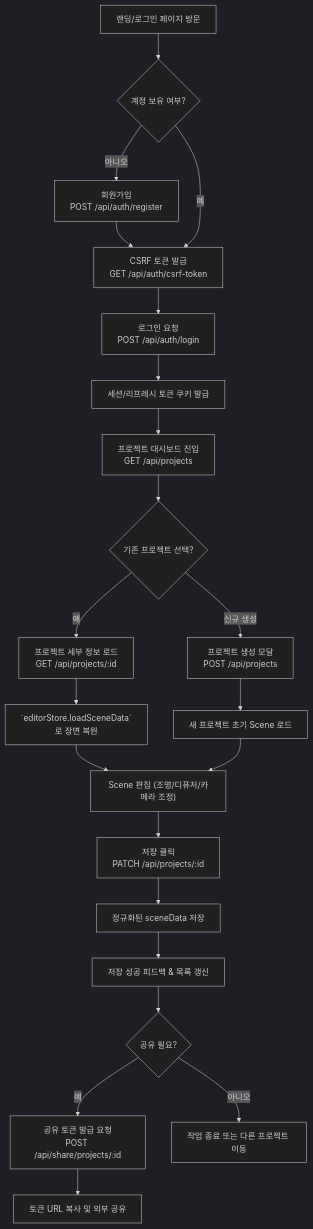
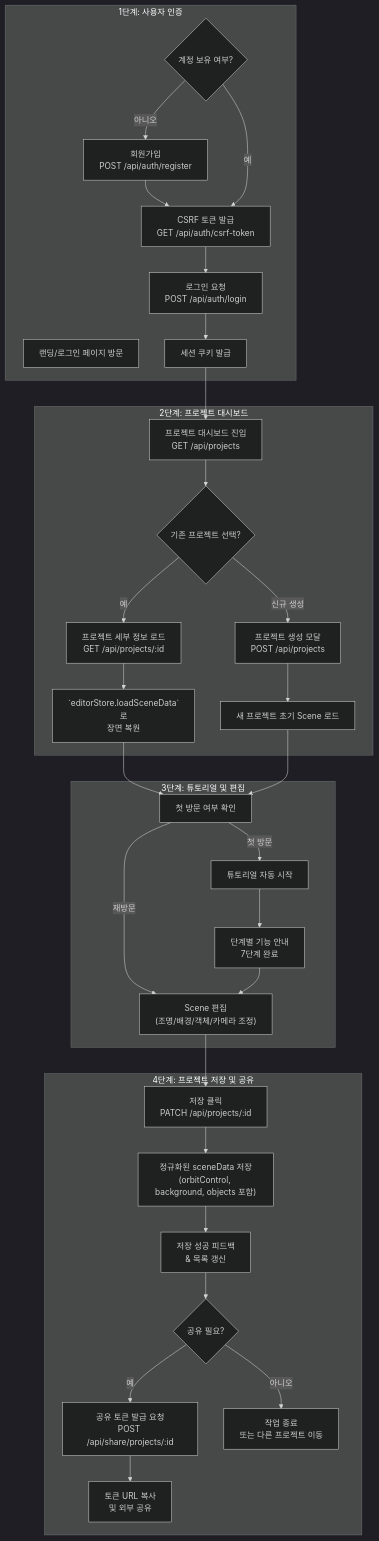
One commit to kimsman06/lumo-stage changed the first of 3 diagrams in docs/PRD.md. Above: the diagram before and after it, drawn with Mermaid (dark theme). The commit also changed other lines of this file, not shown here.

````diff
--- a/docs/PRD.md
+++ b/docs/PRD.md
@@ -54,24 +135,40 @@
 ```mermaid
 flowchart TD
-    A[랜딩/로그인 페이지 방문] --> B{계정 보유 여부?}
-    B -- 아니오 --> C[회원가입\nPOST /api/auth/register]
-    C --> D[CSRF 토큰 발급\nGET /api/auth/csrf-token]
-    B -- 예 --> D
-    D --> E[로그인 요청\nPOST /api/auth/login]
-    E --> F[세션/리프레시 토큰 쿠키 발급]
-    F --> G[프로젝트 대시보드 진입\nGET /api/projects]
-    G --> H{기존 프로젝트 선택?}
-    H -- 예 --> I[프로젝트 세부 정보 로드\nGET /api/projects/:id]
-    I --> J[`editorStore.loadSceneData`로 장면 복원]
-    H -- 신규 생성 --> K[프로젝트 생성 모달\nPOST /api/projects]
-    K --> L[새 프로젝트 초기 Scene 로드]
-    J --> M["Scene 편집 (조명/디퓨저/카메라 조정)"]
-    L --> M
-    M --> N[저장 클릭\nPATCH /api/projects/:id]
-    N --> O[정규화된 sceneData 저장]
-    O --> P[저장 성공 피드백 & 목록 갱신]
-    P --> Q{공유 필요?}
-    Q -- 예 --> R[공유 토큰 발급 요청\nPOST /api/share/projects/:id]
-    R --> S[토큰 URL 복사 및 외부 공유]
-    Q -- 아니오 --> T[작업 종료 또는 다른 프로젝트 이동]
+  subgraph A["1단계: 사용자 인증"]
+    A1[랜딩/로그인 페이지 방문]
+    A2{계정 보유 여부?}
+    A2 -- 아니오 --> A3[회원가입<br>POST /api/auth/register]
+    A3 --> A4[CSRF 토큰 발급<br>GET /api/auth/csrf-token]
+    A2 -- 예 --> A4
+    A4 --> A5[로그인 요청<br>POST /api/auth/login]
+    A5 --> A6[세션 쿠키 발급]
+  end
+
+  subgraph B["2단계: 프로젝트 대시보드"]
+    A6 --> B1[프로젝트 대시보드 진입<br>GET /api/projects]
+    B1 --> B2{기존 프로젝트 선택?}
+    B2 -- 예 --> B3[프로젝트 세부 정보 로드<br>GET /api/projects/:id]
+    B3 --> B4[`editorStore.loadSceneData`로<br>장면 복원]
+    B2 -- 신규 생성 --> B5[프로젝트 생성 모달<br>POST /api/projects]
+    B5 --> B6[새 프로젝트 초기 Scene 로드]
+  end
+
+  subgraph C["3단계: 튜토리얼 및 편집"]
+    B4 --> C1[첫 방문 여부 확인]
+    B6 --> C1
+    C1 -- 첫 방문 --> C2[튜토리얼 자동 시작]
+    C2 --> C3[단계별 기능 안내<br>7단계 완료]
+    C1 -- 재방문 --> C4["Scene 편집<br>(조명/배경/객체/카메라 조정)"]
+    C3 --> C4
+  end
+
+  subgraph D["4단계: 프로젝트 저장 및 공유"]
+    C4 --> D1[저장 클릭<br>PATCH /api/projects/:id]
+    D1 --> D2["정규화된 sceneData 저장<br>(orbitControl, background, objects 포함)"]
+    D2 --> D3[저장 성공 피드백<br>& 목록 갱신]
+    D3 --> D4{공유 필요?}
+    D4 -- 예 --> D5[공유 토큰 발급 요청<br>POST /api/share/projects/:id]
+    D5 --> D6[토큰 URL 복사<br>및 외부 공유]
+    D4 -- 아니오 --> D7[작업 종료<br>또는 다른 프로젝트 이동]
+  end
 ```
````
